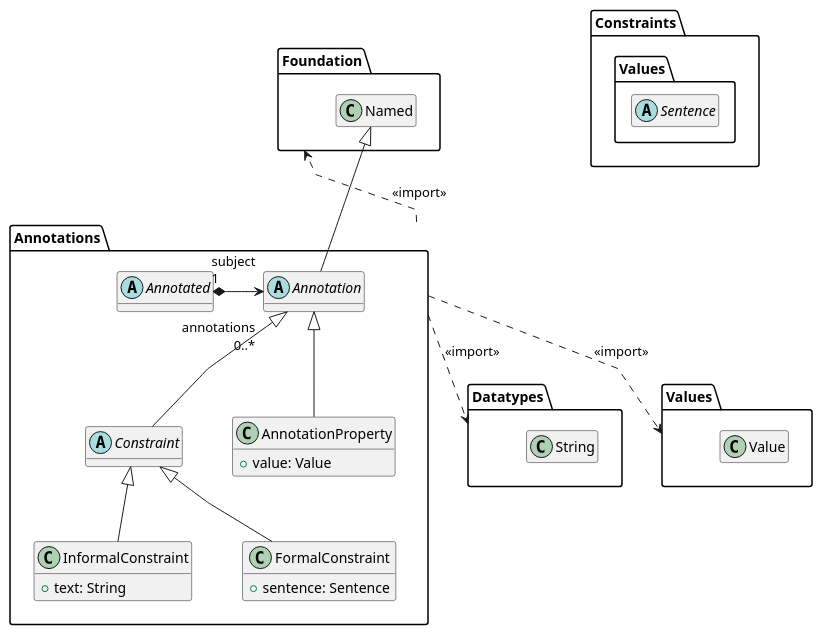
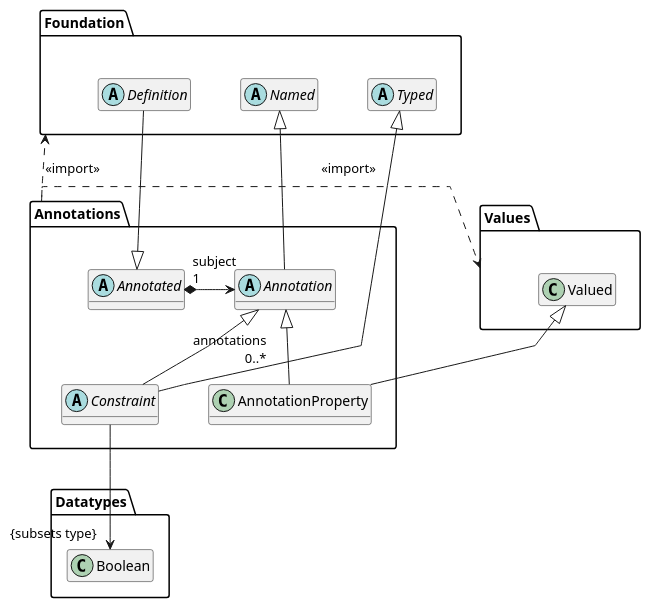
One commit to sdm-lang/sdml-io changed the fourth of 18 diagrams in docs/meta-model.org. Above: the diagram before and after it, drawn with PlantUML. The commit also changed other lines of this file and 20 other files, not shown here.

```diff
--- a/docs/meta-model.org
+++ b/docs/meta-model.org
@@ -186,60 +371,46 @@
 #+BEGIN_SRC plantuml :file ./metamodel-annotations.svg
 @startuml
 skinparam backgroundColor transparent
 skinparam linetype polyline
 skinparam nodesep 50
 hide methods
 
+package Foundation {
+    hide members
+    abstract class Definition
+    abstract class Named
+    abstract class Typed
+}
+
 package Datatypes {
     hide members
-    class String {}
-}
-
-package Foundation {
-    hide members
-    class Named {}
+    class Boolean
 }
 
 package Values {
     hide members
-    class Value {}
-}
-
-package Constraints {
-    package Values {
-        hide members
-        abstract class Sentence {}
-    }
+    class Valued
 }
 
 package Annotations {
-    abstract class Annotated {}
     abstract class Annotation {}
-    class AnnotationProperty {
-        +value: Value
-    }
-    
-    Annotated "subject\l1" *---right--> "annotations\r0..*" Annotation
-
     Annotation -up-|> Named
     
+    class AnnotationProperty {}
     AnnotationProperty -up-|> Annotation
+    AnnotationProperty -up-|> Valued
     
-    abstract class Constraint {}
-    class InformalConstraint {
-        +text: String
-    }
-    class FormalConstraint {
-        +sentence: Sentence
-    }
-    
+    abstract class Constraint
     Constraint -up-|> Annotation
-    InformalConstraint -up-|> Constraint
-    FormalConstraint -up-|> Constraint
+    Constraint -up-|> Typed
+    Constraint --> "{subsets type}" Boolean
+
+    abstract class Annotated {}
+    Annotated "subject\l1" *--right--> "\rannotations\r0..*" Annotation
+    Definition -up-|> Annotated
 }
 
-Annotations .down.> Datatypes: <<import>>
 Annotations .up.> Foundation: <<import>>
-Annotations .down.> Values: <<import>>
+Annotations .left.> Values: <<import>>
 @enduml
 #+END_SRC
```
